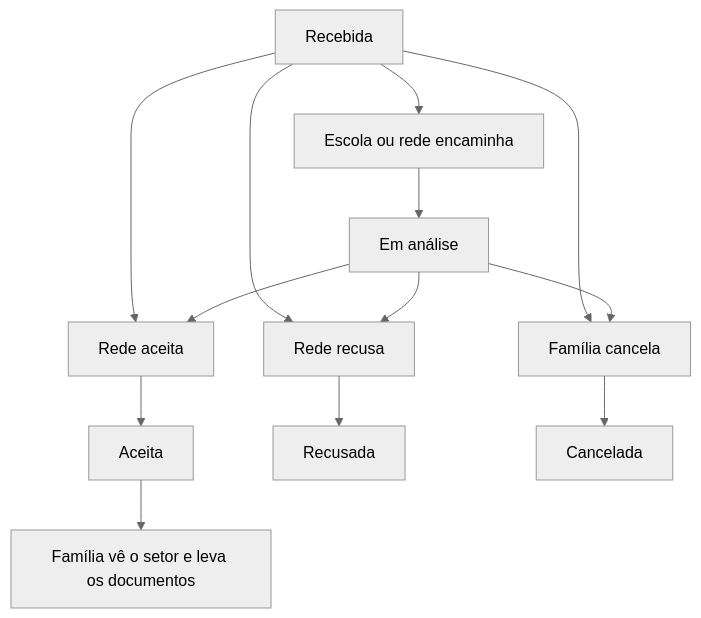
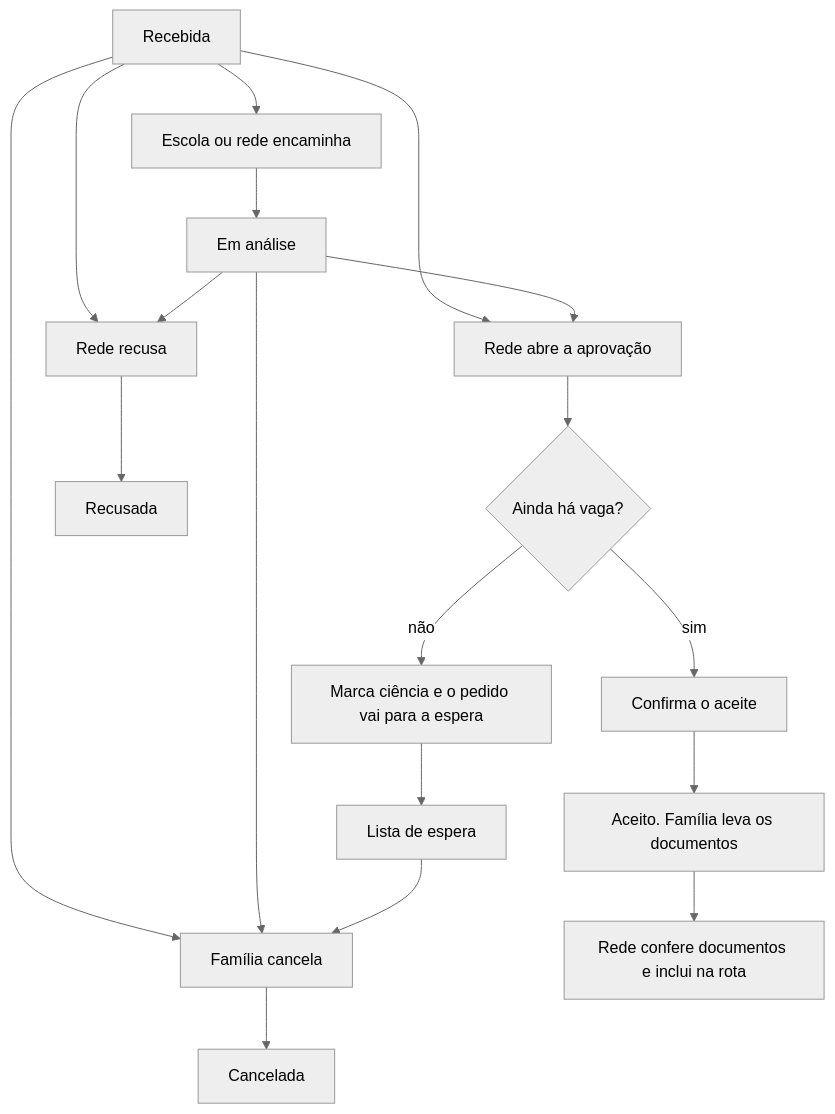
One commit to i-Educar/i-educar-transporte-escolar-v2-package changed the fourth of 6 diagrams in docs/FLUXOS.md. Above: the diagram before and after it, drawn with Mermaid (neutral theme). The commit also changed other lines of this file and 4 other files, not shown here.

````diff
--- a/docs/FLUXOS.md
+++ b/docs/FLUXOS.md
@@ -69,15 +70,20 @@
 ```mermaid
 flowchart TD
     A["Recebida"] --> B["Escola ou rede encaminha"]
     B --> C["Em análise"]
     A --> D["Família cancela"]
     C --> D
-    A --> E["Rede aceita"]
+    A --> E["Rede abre a aprovação"]
     C --> E
+    E --> K{"Ainda há vaga?"}
+    K -->|sim| G["Confirma o aceite"]
+    K -->|não| L["Marca ciência e o pedido vai para a espera"]
     A --> F["Rede recusa"]
     C --> F
-    E --> G["Aceita"]
+    G --> J["Aceito. Família leva os documentos"]
+    L --> M["Lista de espera"]
     F --> H["Recusada"]
     D --> I["Cancelada"]
-    G --> J["Família vê o setor e leva os documentos"]
+    M --> D
+    J --> N["Rede confere documentos e inclui na rota"]
 ```
````
